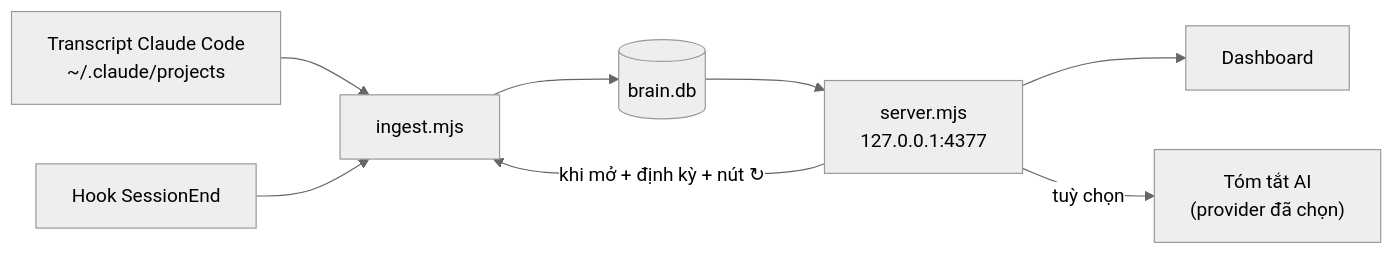
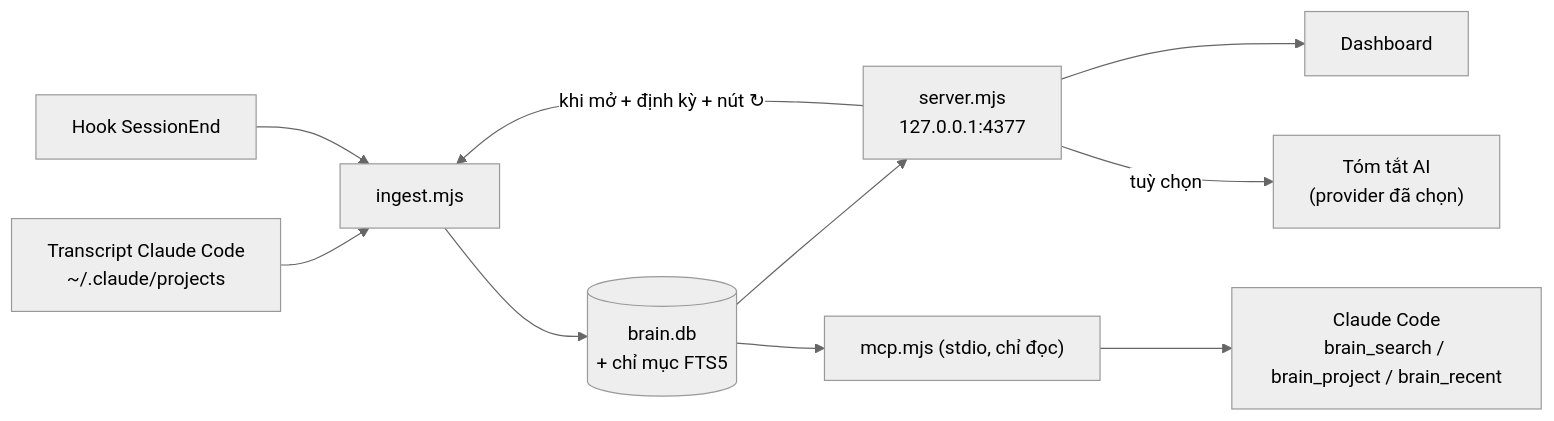
The third of 4 diagrams in README.md (hienct-fpt/personal-brain), drawn with Mermaid (neutral theme) before and after one commit. The commit also changed other lines of this file and 12 other files, not shown here.

First line of the commit message:
Add read-only MCP server and FTS5 search

````diff
--- a/README.md
+++ b/README.md
@@ -118,9 +143,10 @@
 ```mermaid
 flowchart LR
   T["Transcript Claude Code<br/>~/.claude/projects"] --> I["ingest.mjs"]
   H["Hook SessionEnd"] --> I
-  I --> DB[("brain.db")]
+  I --> DB[("brain.db<br/>+ chỉ mục FTS5")]
   DB --> S["server.mjs<br/>127.0.0.1:4377"] --> UI["Dashboard"]
   S -->|"khi mở + định kỳ + nút ↻"| I
   S -->|"tuỳ chọn"| AI["Tóm tắt AI<br/>(provider đã chọn)"]
+  DB --> M["mcp.mjs (stdio, chỉ đọc)"] --> CC["Claude Code<br/>brain_search / brain_project / brain_recent"]
 ```
````
